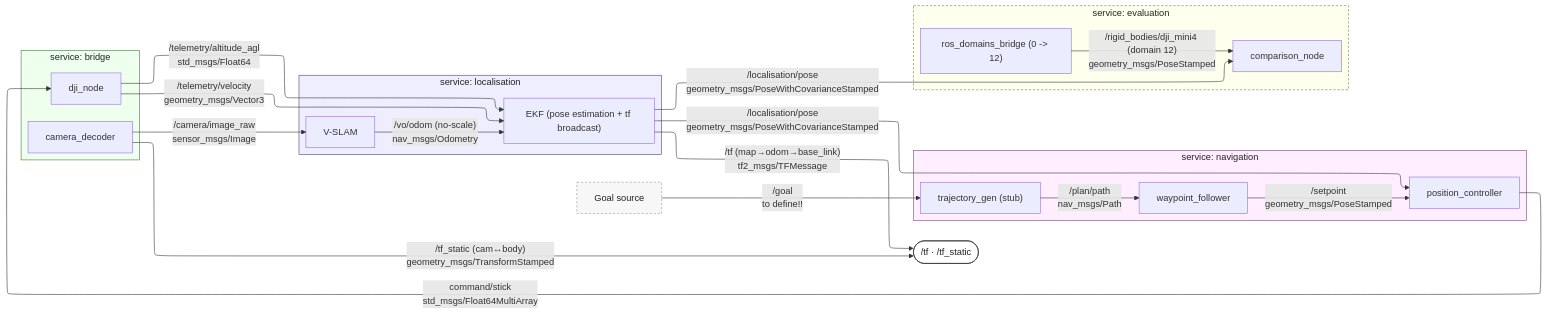
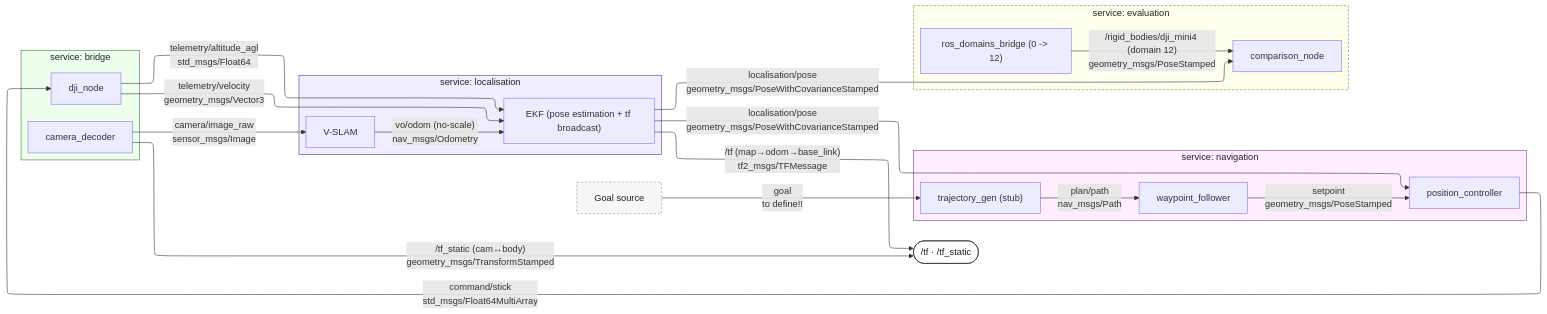
One commit to cristhianpoveda/path_planning_aerial_inspection changed the diagram in docs/node_graph.mmd. Above: the diagram before and after it, drawn with Mermaid.

Commit message:
doc: changed topics to relative names for namespace adding

```diff
--- a/docs/node_graph.mmd
+++ b/docs/node_graph.mmd
@@ -1,71 +1,71 @@
 ---
 config:
   layout: elk
 ---
 
 flowchart LR
 
     %% DEFINE GOAL SOURCE
     GOALSRC["Goal source"]
 
     %% BRIDGE service
     subgraph BRIDGE["service: bridge"]
         DJI["dji_node"]
         DEC["camera_decoder"]
     end
 
     %% LOCALISATION service
     subgraph LOC["service: localisation"]
         SLAM["V-SLAM"]
         EKF["EKF (pose estimation + tf broadcast)"]
     end
 
     %% NAVIGATION service
     subgraph NAV["service: navigation"]
         TRAJ["trajectory_gen (stub)"]
         WPF["waypoint_follower"]
         PC["position_controller"]
     end
 
     %% EVALUATION service (dev-only)
     subgraph EVAL["service: evaluation"]
         DB["ros_domains_bridge (0 -> 12)"]
         CMP["comparison_node"]
     end
 
     %% Just to show the relation to my nodes
     TF([" /tf · /tf_static "])
 
     %% --- perception ---
-    DEC -->|"/camera/image_raw<br/>sensor_msgs/Image"| SLAM
+    DEC -->|"camera/image_raw<br/>sensor_msgs/Image"| SLAM
 
     %% --- telemetry into EKF (stamped with measurement time) ---
-    DJI -->|"/telemetry/velocity<br/>geometry_msgs/Vector3"| EKF
-    DJI -->|"/telemetry/altitude_agl<br/>std_msgs/Float64"| EKF
+    DJI -->|"telemetry/velocity<br/>geometry_msgs/Vector3"| EKF
+    DJI -->|"telemetry/altitude_agl<br/>std_msgs/Float64"| EKF
 
     %% --- localisation internal + output ---
-    SLAM -->|"/vo/odom (no-scale)<br/>nav_msgs/Odometry"| EKF
-    EKF -->|"/localisation/pose<br/>geometry_msgs/PoseWithCovarianceStamped"| PC
+    SLAM -->|"vo/odom (no-scale)<br/>nav_msgs/Odometry"| EKF
+    EKF -->|"localisation/pose<br/>geometry_msgs/PoseWithCovarianceStamped"| PC
 
     %% --- navigation chain ---
-    GOALSRC -->|"/goal<br/>to define!!"| TRAJ
-    TRAJ -->|"/plan/path<br/>nav_msgs/Path"| WPF
-    WPF -->|"/setpoint<br/>geometry_msgs/PoseStamped"| PC
+    GOALSRC -->|"goal<br/>to define!!"| TRAJ
+    TRAJ -->|"plan/path<br/>nav_msgs/Path"| WPF
+    WPF -->|"setpoint<br/>geometry_msgs/PoseStamped"| PC
     PC -->|"command/stick<br/>std_msgs/Float64MultiArray"| DJI
 
     %% --- evaluation (dev-only) ---
-    EKF -->|"/localisation/pose<br/>geometry_msgs/PoseWithCovarianceStamped"| CMP
+    EKF -->|"localisation/pose<br/>geometry_msgs/PoseWithCovarianceStamped"| CMP
     DB -->|"/rigid_bodies/dji_mini4 (domain 12)<br/>geometry_msgs/PoseStamped"| CMP
 
     %% --- tf publications (broadcast bus) ---
     DEC -->|"/tf_static (cam&harr;body)<br/>geometry_msgs/TransformStamped"| TF
     EKF -->|"/tf (map&rarr;odom&rarr;base_link)<br/>tf2_msgs/TFMessage"| TF
 
     %% /telemetry/satellite_count if switches indoor and outdoor
 
     style BRIDGE fill:#efe,stroke:#474,color:#222
     style LOC fill:#eef,stroke:#447,color:#222
     style NAV fill:#fef,stroke:#747,color:#222
     style EVAL fill:#ffe,stroke:#774,color:#222,stroke-dasharray:4 3
     style GOALSRC fill:#f7f7f7,stroke:#999,color:#222,stroke-dasharray:4 3
     style TF fill:#fff,stroke:#333,color:#222
```
